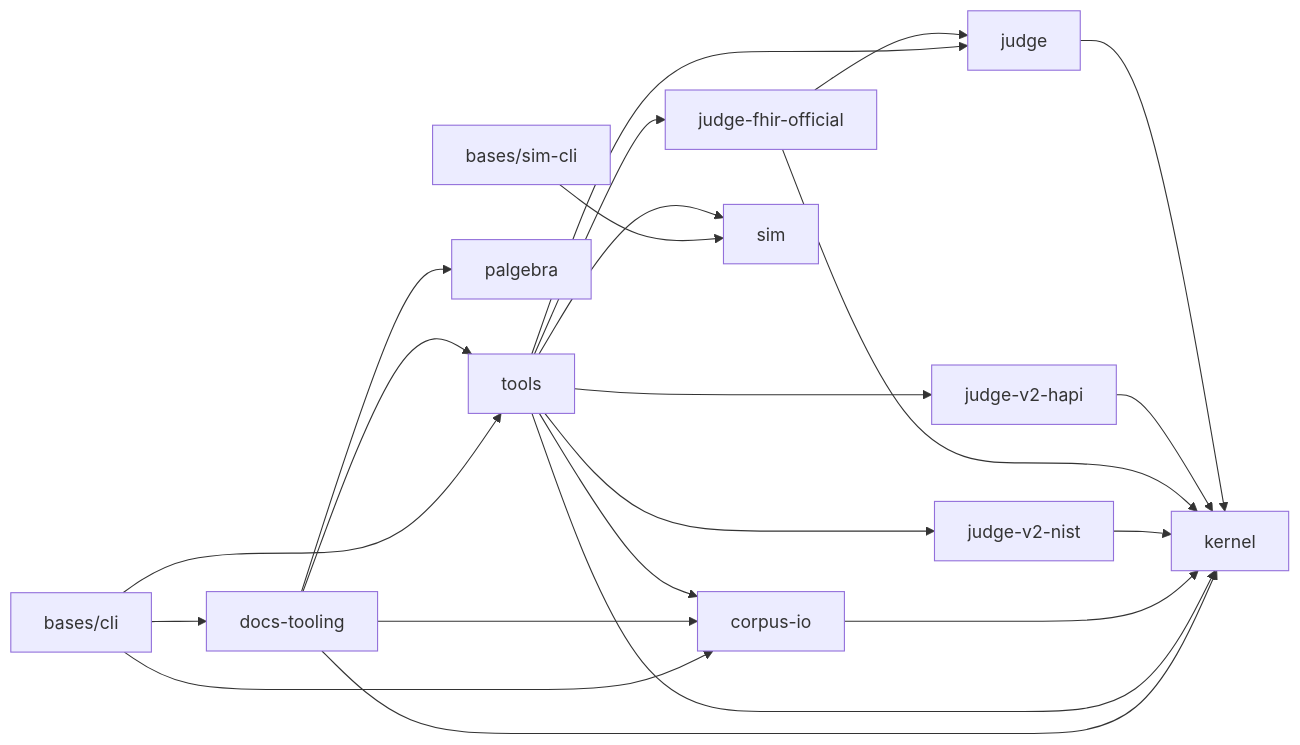
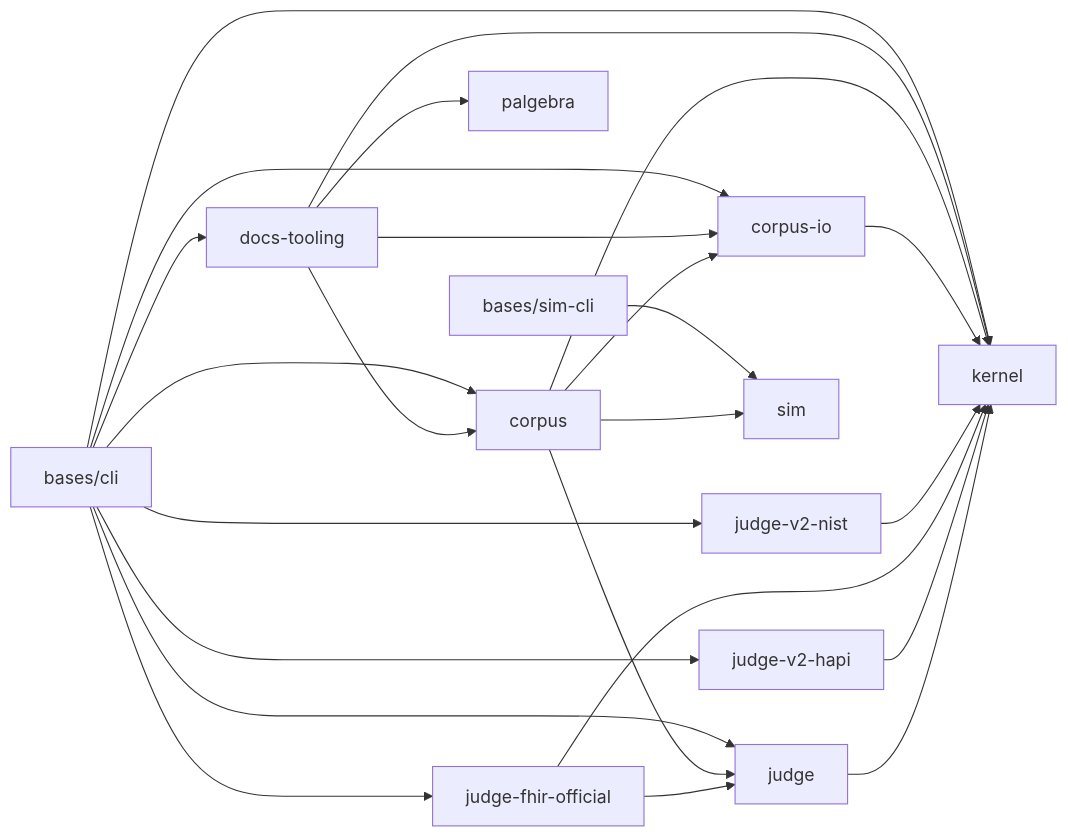
One commit to pragsmike/ehr-testing-tools changed the diagram in docs/dev/architecture.md. Above: the diagram before and after it, drawn with Mermaid. The commit also changed other lines of this file and 226 other files, not shown here.

Commit message:
refactor: tools becomes corpus and retires (split stage 3, ruled 2026-07-31) -- interface designed from live consumers (38 defs from 64, relays dissolved, dead defs deleted with evidence), cli composes component interfaces directly, :necessary re-derived, three-stage rename debt swept from user docs

````diff
--- a/docs/dev/architecture.md
+++ b/docs/dev/architecture.md
@@ -25,37 +25,39 @@
 ```mermaid
 flowchart LR
     kernel[kernel]
     judge[judge]
     judgev2hapi[judge-v2-hapi]
     judgefhirofficial[judge-fhir-official]
     judgev2nist[judge-v2-nist]
-    tools[tools]
+    corpus[corpus]
     corpusio[corpus-io]
     docstooling[docs-tooling]
     palgebra[palgebra]
     sim[sim]
     cli[bases/cli]
     simcli[bases/sim-cli]
 
     judge --> kernel
     judgev2hapi --> kernel
     judgefhirofficial --> judge
     judgefhirofficial --> kernel
     judgev2nist --> kernel
     corpusio --> kernel
-    tools --> kernel
-    tools --> judge
-    tools --> judgev2hapi
-    tools --> judgefhirofficial
-    tools --> judgev2nist
-    tools --> sim
-    tools --> corpusio
+    corpus --> kernel
+    corpus --> judge
+    corpus --> sim
+    corpus --> corpusio
     docstooling --> kernel
     docstooling --> palgebra
-    docstooling --> tools
+    docstooling --> corpus
     docstooling --> corpusio
-    cli --> tools
+    cli --> kernel
+    cli --> judge
+    cli --> judgev2hapi
+    cli --> judgefhirofficial
+    cli --> judgev2nist
+    cli --> corpus
     cli --> corpusio
     cli --> docstooling
     simcli --> sim
 ```
````
